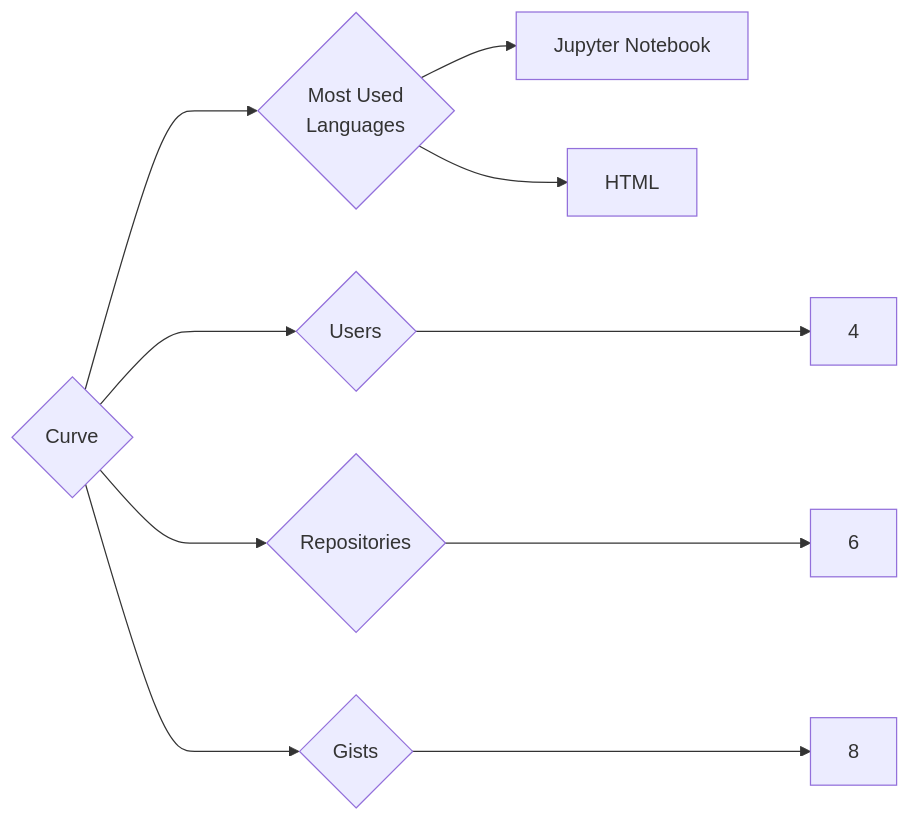
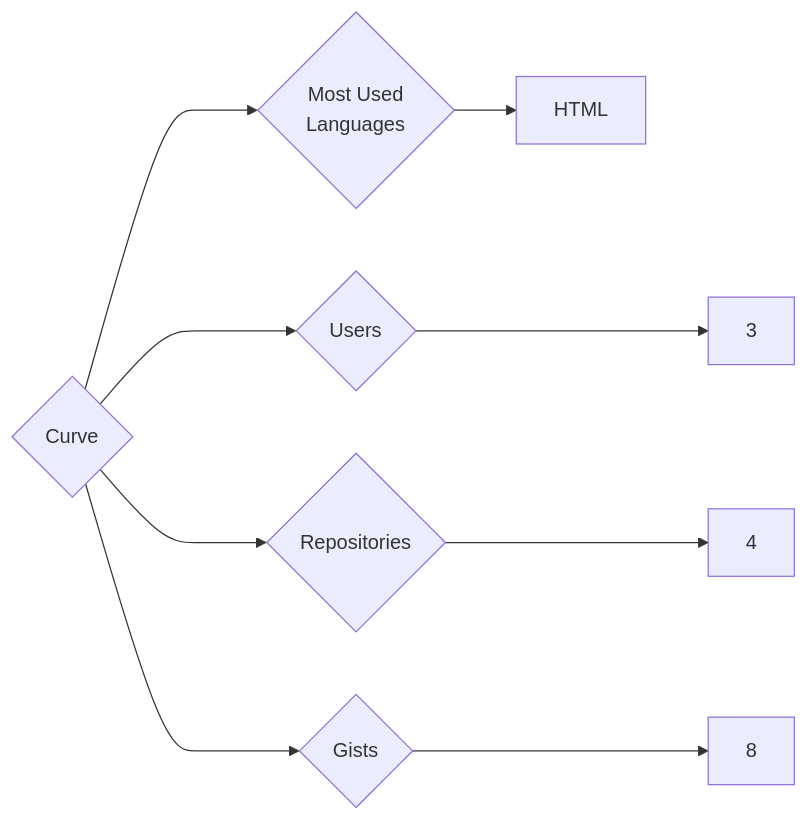
The diagram in targets/Curve/README.md (trickest/insiders), drawn with Mermaid before and after one commit. The commit also changed 776 other files, not shown here.

````diff
--- a/targets/Curve/README.md
+++ b/targets/Curve/README.md
@@ -3,10 +3,9 @@
 ```mermaid
 graph LR
 COMPANY_NAME{Curve}
-COMPANY_NAME ---> U{Users} ---> UN[4]
-COMPANY_NAME ---> R{Repositories} ---> RN[6]
+COMPANY_NAME ---> U{Users} ---> UN[3]
+COMPANY_NAME ---> R{Repositories} ---> RN[4]
 COMPANY_NAME ---> G{Gists} ---> GN[8]
 COMPANY_NAME ---> ML{Most Used<br>Languages}
-ML --> Jupyter_Notebook[Jupyter Notebook]
 ML --> HTML[HTML]
 ```
````
